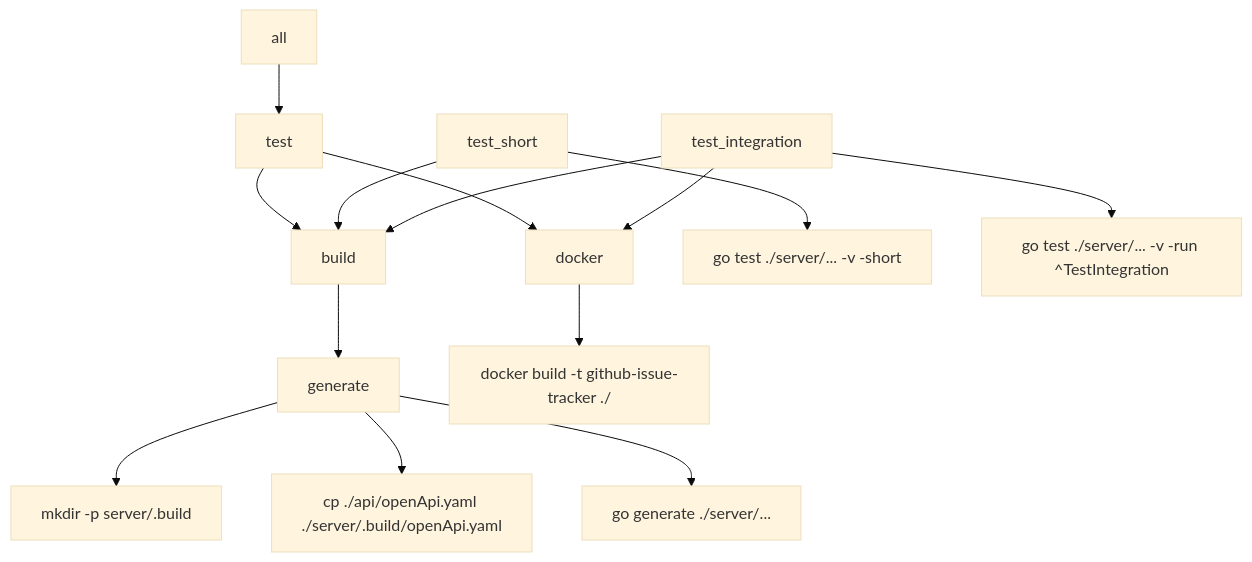
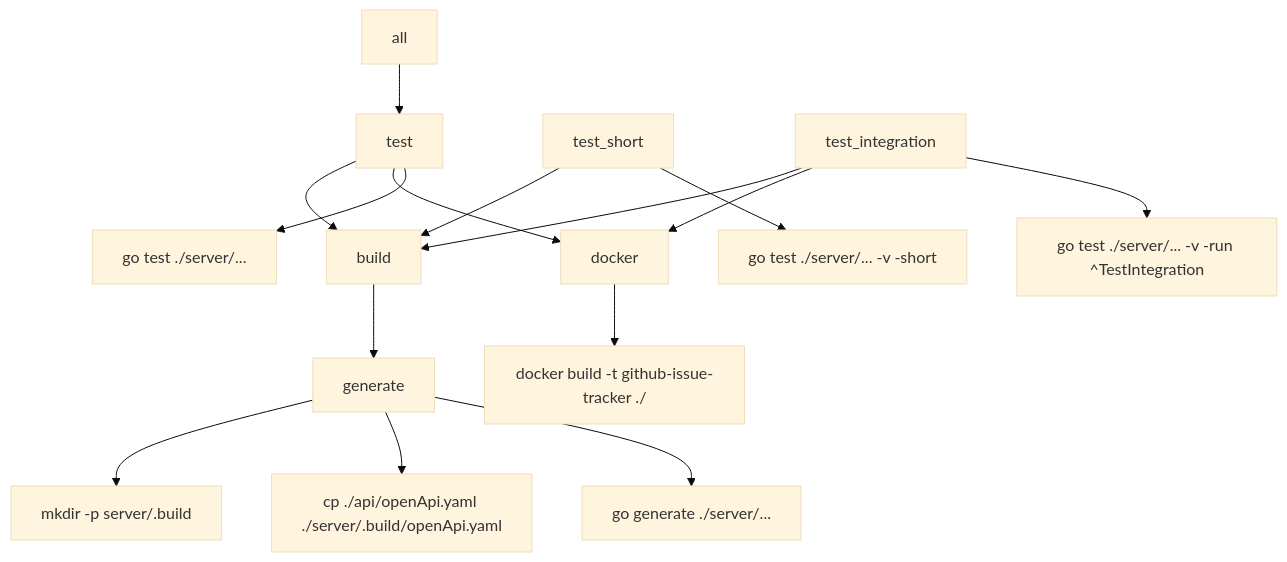
The diagram in Readme.md (jfujitani/github-issue-tracker), drawn with Mermaid (base theme) before and after one commit.

````diff
--- a/Readme.md
+++ b/Readme.md
@@ -3,16 +3,17 @@
 ```mermaid
 flowchart TD
     A[all] --> B[test]
     B --> C[build]
     B --> D[docker]
+    B --> N[go test ./server/...]
     C --> E[generate]
     E --> F[mkdir -p server/.build]
     E --> G[cp ./api/openApi.yaml ./server/.build/openApi.yaml]
     E --> H[go generate ./server/...]
     D --> I[docker build -t github-issue-tracker ./]
     J[test_short] --> C
     J --> K[go test ./server/... -v -short]
     L[test_integration] --> C
     L --> D
     L --> M[go test ./server/... -v -run ^TestIntegration]
 ```
````
